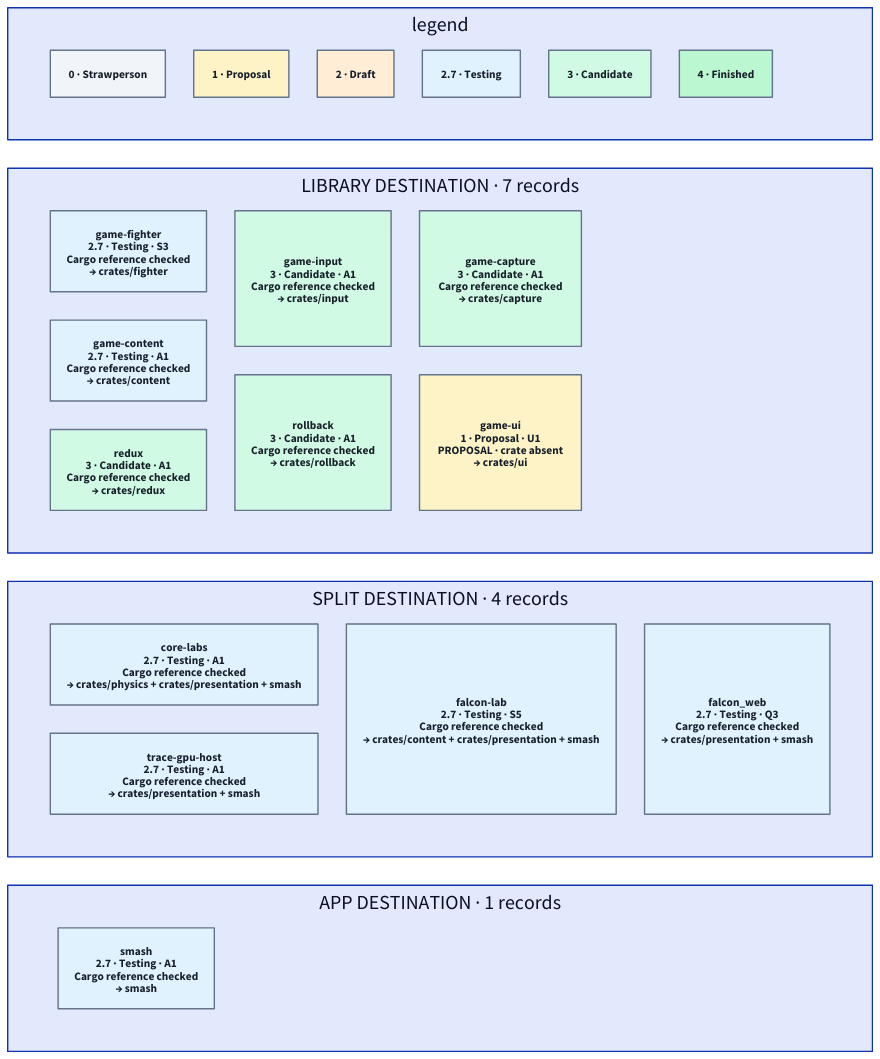
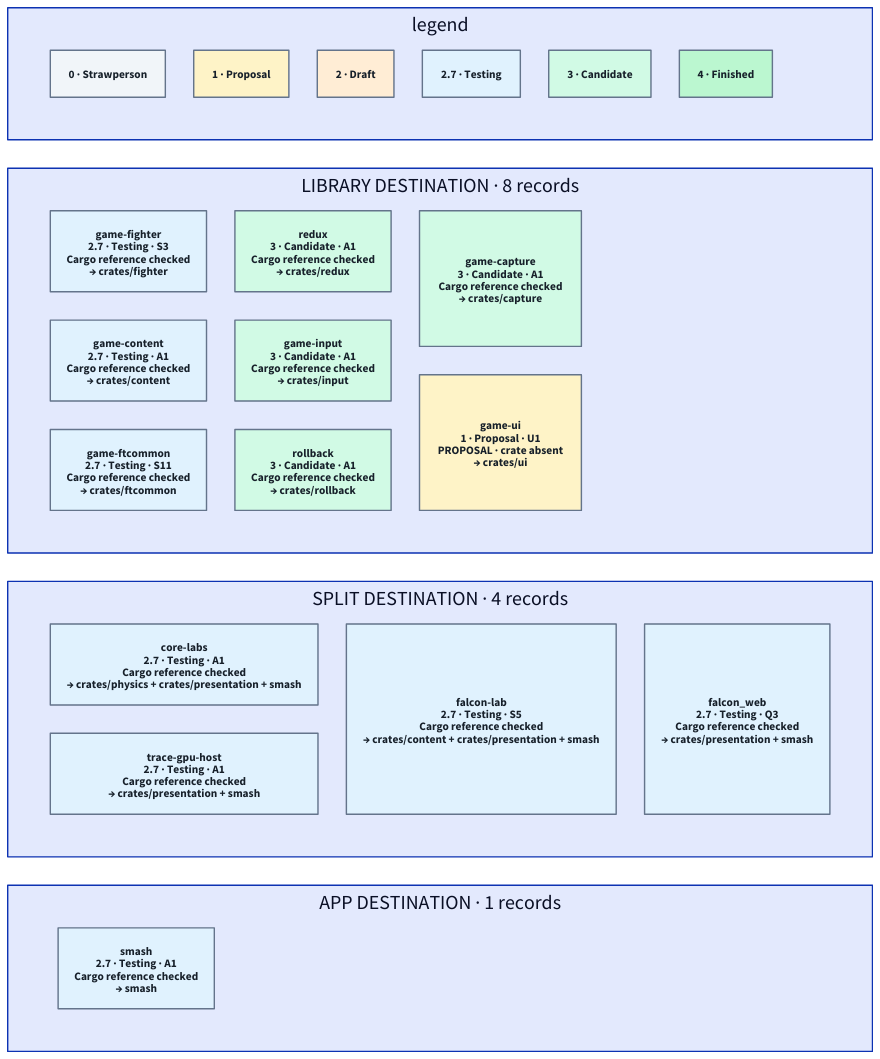
Before and after one commit to hafley66/hafley-rs: the diagram in games/classification/3_registry.d2, drawn with D2. The commit also changed 18 other files, not shown here.

```diff
--- a/games/classification/3_registry.d2
+++ b/games/classification/3_registry.d2
@@ -1,33 +1,34 @@
 # Generated from 1_registry.tsp. Do not edit.
 label: "05 · CHECKED CRATE INVENTORY / TC39-style promotion stages"
 grid-columns: 1
 legend: {
 grid-columns: 6
 s0: "0 · Strawperson" {style.fill: "#F1F5F9"; style.font-color: "#17202A"; style.stroke: "#64748B"}
 s1: "1 · Proposal" {style.fill: "#FEF3C7"; style.font-color: "#17202A"; style.stroke: "#64748B"}
 s2: "2 · Draft" {style.fill: "#FFEDD5"; style.font-color: "#17202A"; style.stroke: "#64748B"}
 s3: "2.7 · Testing" {style.fill: "#E0F2FE"; style.font-color: "#17202A"; style.stroke: "#64748B"}
 s4: "3 · Candidate" {style.fill: "#D1FAE5"; style.font-color: "#17202A"; style.stroke: "#64748B"}
 s5: "4 · Finished" {style.fill: "#BBF7D0"; style.font-color: "#17202A"; style.stroke: "#64748B"}
 }
-library: "LIBRARY DESTINATION · 7 records" {
+library: "LIBRARY DESTINATION · 8 records" {
 grid-columns: 3
 "game-fighter": "game-fighter\n2.7 · Testing · S3\nCargo reference checked\n→ crates/fighter" {style.fill: "#E0F2FE"; style.font-color: "#17202A"; style.stroke: "#64748B"}
 "game-content": "game-content\n2.7 · Testing · A1\nCargo reference checked\n→ crates/content" {style.fill: "#E0F2FE"; style.font-color: "#17202A"; style.stroke: "#64748B"}
+"game-ftcommon": "game-ftcommon\n2.7 · Testing · S11\nCargo reference checked\n→ crates/ftcommon" {style.fill: "#E0F2FE"; style.font-color: "#17202A"; style.stroke: "#64748B"}
 "redux": "redux\n3 · Candidate · A1\nCargo reference checked\n→ crates/redux" {style.fill: "#D1FAE5"; style.font-color: "#17202A"; style.stroke: "#64748B"}
 "game-input": "game-input\n3 · Candidate · A1\nCargo reference checked\n→ crates/input" {style.fill: "#D1FAE5"; style.font-color: "#17202A"; style.stroke: "#64748B"}
 "rollback": "rollback\n3 · Candidate · A1\nCargo reference checked\n→ crates/rollback" {style.fill: "#D1FAE5"; style.font-color: "#17202A"; style.stroke: "#64748B"}
 "game-capture": "game-capture\n3 · Candidate · A1\nCargo reference checked\n→ crates/capture" {style.fill: "#D1FAE5"; style.font-color: "#17202A"; style.stroke: "#64748B"}
 "game-ui": "game-ui\n1 · Proposal · U1\nPROPOSAL · crate absent\n→ crates/ui" {style.fill: "#FEF3C7"; style.font-color: "#17202A"; style.stroke: "#64748B"}
 }
 split: "SPLIT DESTINATION · 4 records" {
 grid-columns: 3
 "core-labs": "core-labs\n2.7 · Testing · A1\nCargo reference checked\n→ crates/physics + crates/presentation + smash" {style.fill: "#E0F2FE"; style.font-color: "#17202A"; style.stroke: "#64748B"}
 "trace-gpu-host": "trace-gpu-host\n2.7 · Testing · A1\nCargo reference checked\n→ crates/presentation + smash" {style.fill: "#E0F2FE"; style.font-color: "#17202A"; style.stroke: "#64748B"}
 "falcon-lab": "falcon-lab\n2.7 · Testing · S5\nCargo reference checked\n→ crates/content + crates/presentation + smash" {style.fill: "#E0F2FE"; style.font-color: "#17202A"; style.stroke: "#64748B"}
 "falcon_web": "falcon_web\n2.7 · Testing · Q3\nCargo reference checked\n→ crates/presentation + smash" {style.fill: "#E0F2FE"; style.font-color: "#17202A"; style.stroke: "#64748B"}
 }
 app: "APP DESTINATION · 1 records" {
 grid-columns: 3
 "smash": "smash\n2.7 · Testing · A1\nCargo reference checked\n→ smash" {style.fill: "#E0F2FE"; style.font-color: "#17202A"; style.stroke: "#64748B"}
 }
```
